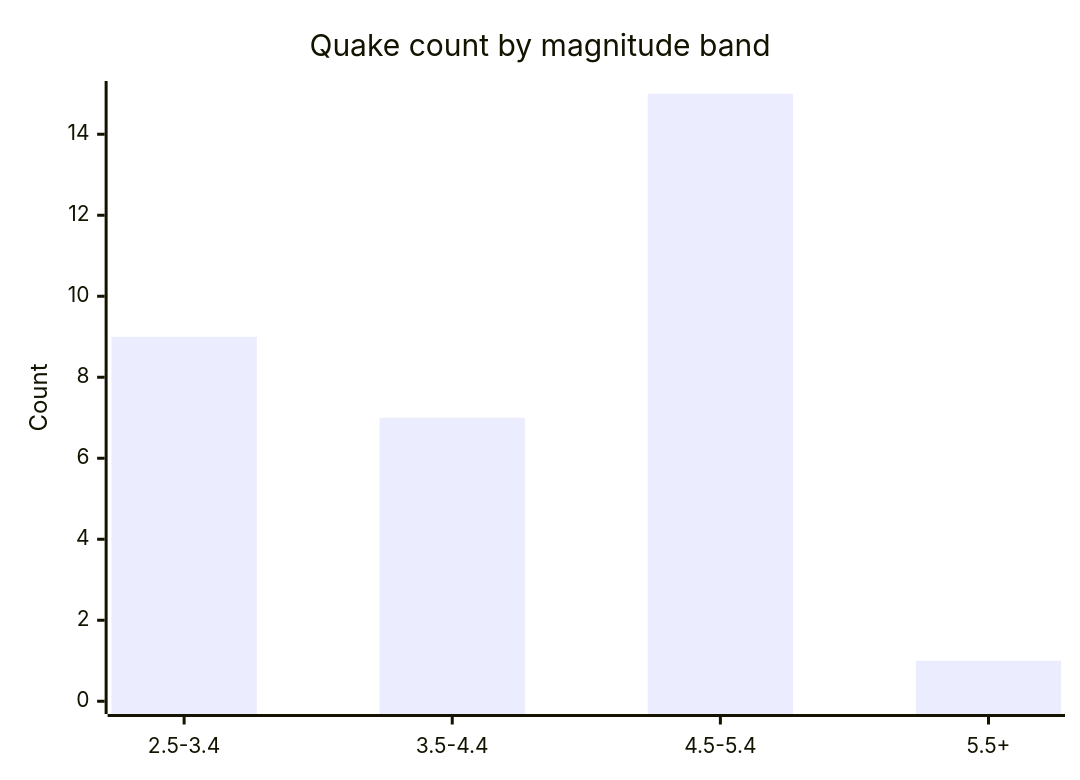
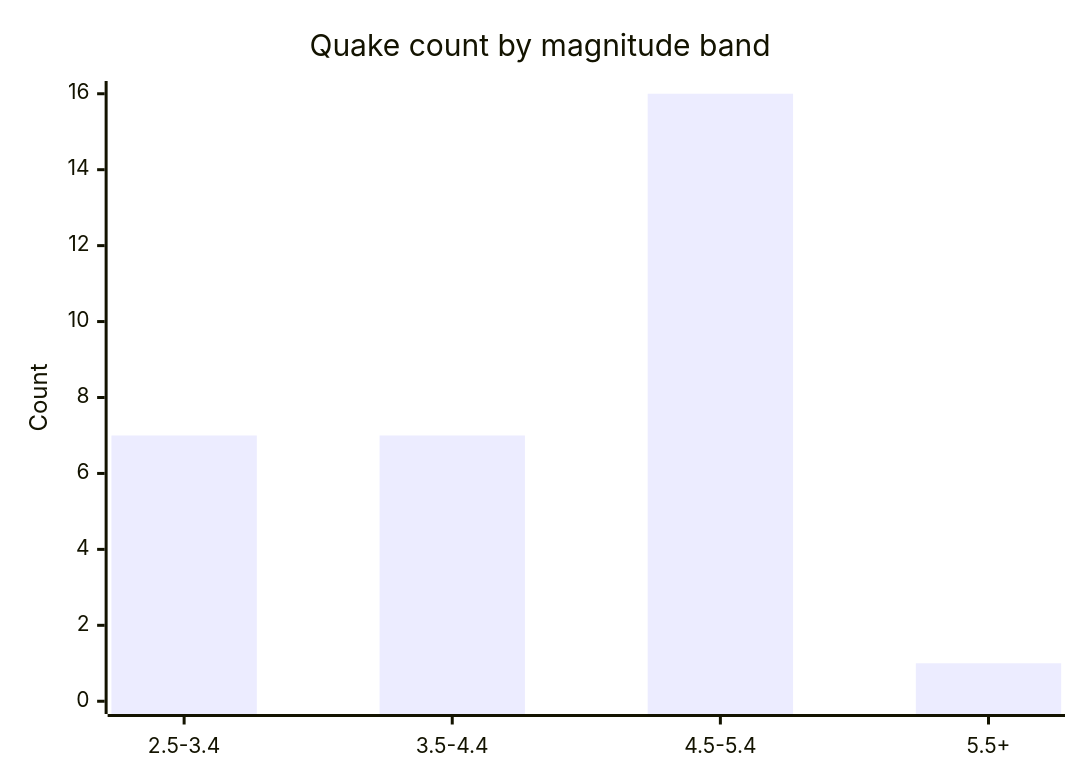
One commit to Midwest-Stratospheric/aerostratospheric-defense-gir changed the fifth of 6 diagrams in docs/GRAPHS.md. Above: the diagram before and after it, drawn with Mermaid. The commit also changed other lines of this file and 25 other files, not shown here.

````diff
--- a/docs/GRAPHS.md
+++ b/docs/GRAPHS.md
@@ -82,7 +82,7 @@
 ```mermaid
 xychart-beta
   title "Quake count by magnitude band"
   x-axis ["2.5-3.4", "3.5-4.4", "4.5-5.4", "5.5+"]
-  y-axis "Count" 0 --> 15
-  bar [9, 7, 15, 1]
+  y-axis "Count" 0 --> 16
+  bar [7, 7, 16, 1]
 ```
````
